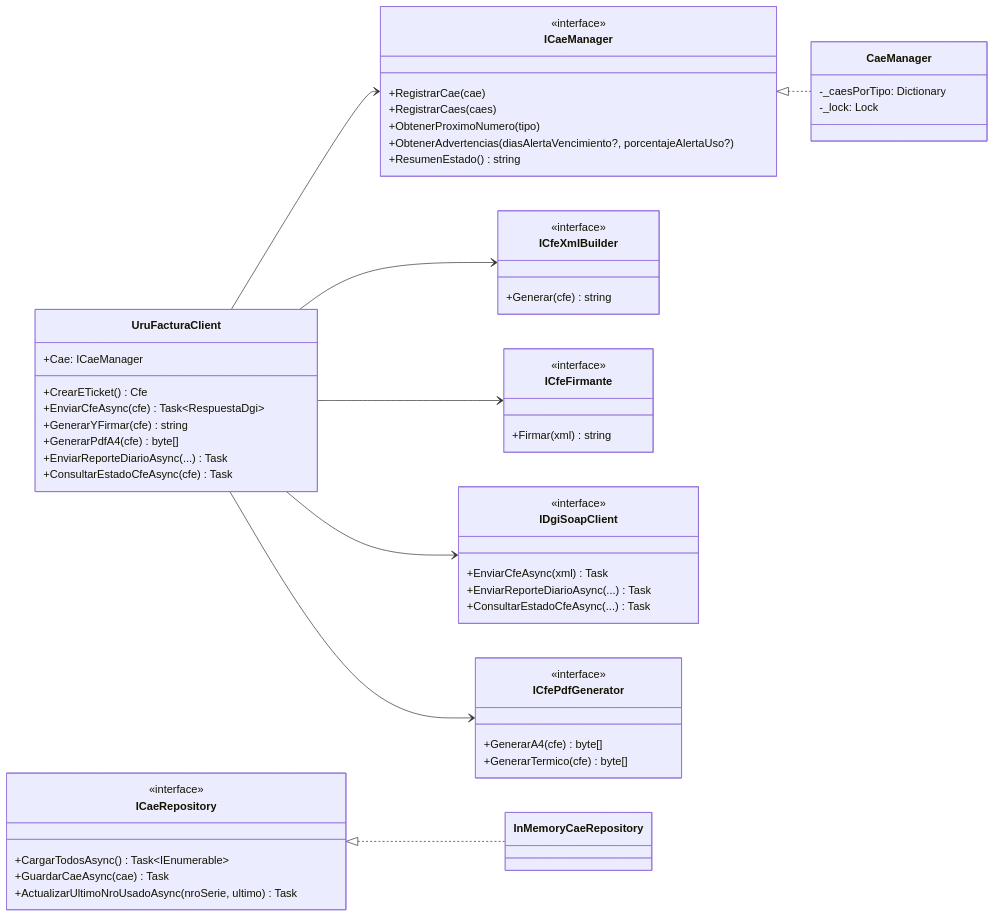
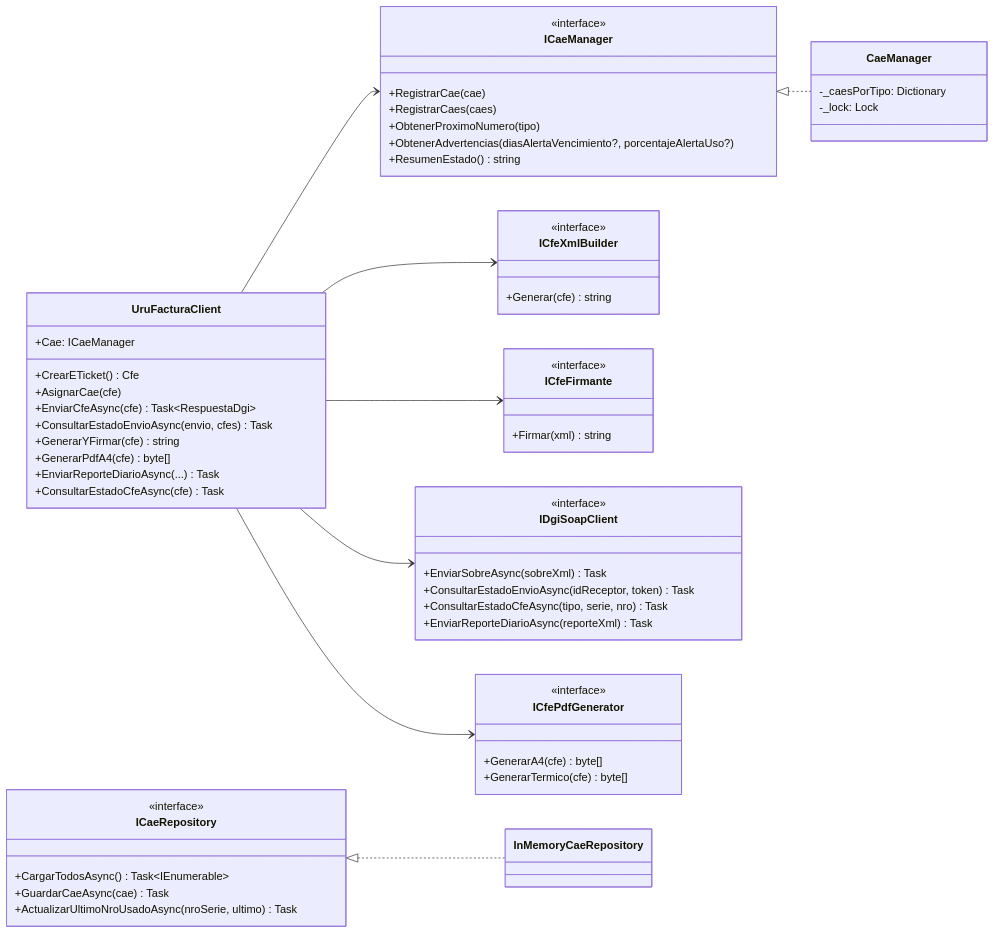
Before and after one commit to MathiasGonzalez/UruFactura: the seventh of 7 diagrams in landing/src/content/docs/guides/workflows.mdx, drawn with Mermaid. The commit also changed 90 other files, not shown here.

````diff
--- a/landing/src/content/docs/guides/workflows.mdx
+++ b/landing/src/content/docs/guides/workflows.mdx
@@ -176,69 +176,72 @@
 ```mermaid
 classDiagram
     direction LR
 
     class UruFacturaClient {
         +Cae: ICaeManager
         +CrearETicket() Cfe
+        +AsignarCae(cfe)
         +EnviarCfeAsync(cfe) Task~RespuestaDgi~
+        +ConsultarEstadoEnvioAsync(envio, cfes) Task
         +GenerarYFirmar(cfe) string
         +GenerarPdfA4(cfe) byte[]
         +EnviarReporteDiarioAsync(...) Task
         +ConsultarEstadoCfeAsync(cfe) Task
     }
 
     class ICaeManager {
         <<interface>>
         +RegistrarCae(cae)
         +RegistrarCaes(caes)
         +ObtenerProximoNumero(tipo)
         +ObtenerAdvertencias(diasAlertaVencimiento?, porcentajeAlertaUso?)
         +ResumenEstado() string
     }
 
     class ICfeXmlBuilder {
         <<interface>>
         +Generar(cfe) string
     }
 
     class ICfeFirmante {
         <<interface>>
         +Firmar(xml) string
     }
 
     class IDgiSoapClient {
         <<interface>>
-        +EnviarCfeAsync(xml) Task
-        +EnviarReporteDiarioAsync(...) Task
-        +ConsultarEstadoCfeAsync(...) Task
+        +EnviarSobreAsync(sobreXml) Task
+        +ConsultarEstadoEnvioAsync(idReceptor, token) Task
+        +ConsultarEstadoCfeAsync(tipo, serie, nro) Task
+        +EnviarReporteDiarioAsync(reporteXml) Task
     }
 
     class ICfePdfGenerator {
         <<interface>>
         +GenerarA4(cfe) byte[]
         +GenerarTermico(cfe) byte[]
     }
 
     class ICaeRepository {
         <<interface>>
         +CargarTodosAsync() Task~IEnumerable~
         +GuardarCaeAsync(cae) Task
         +ActualizarUltimoNroUsadoAsync(nroSerie, ultimo) Task
     }
 
     class CaeManager {
         -_caesPorTipo: Dictionary
         -_lock: Lock
     }
 
     class InMemoryCaeRepository
 
     UruFacturaClient --> ICaeManager
     UruFacturaClient --> ICfeXmlBuilder
     UruFacturaClient --> ICfeFirmante
     UruFacturaClient --> IDgiSoapClient
     UruFacturaClient --> ICfePdfGenerator
 
     ICaeManager <|.. CaeManager
     ICaeRepository <|.. InMemoryCaeRepository
 ```
````
